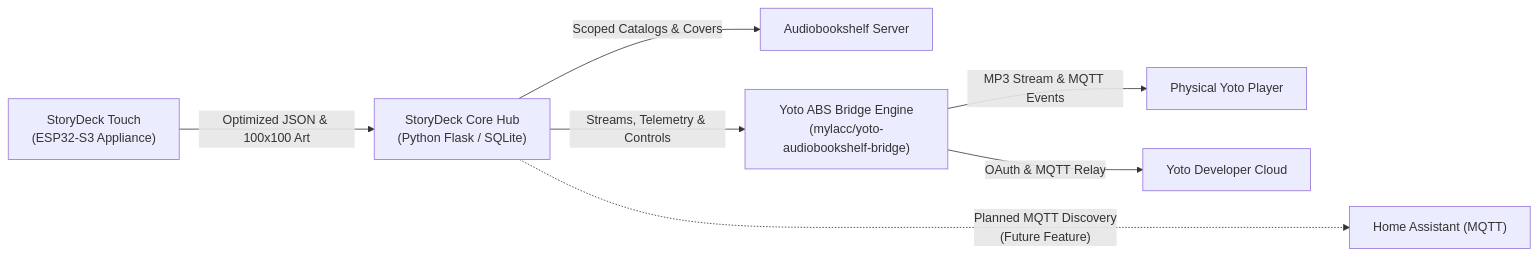
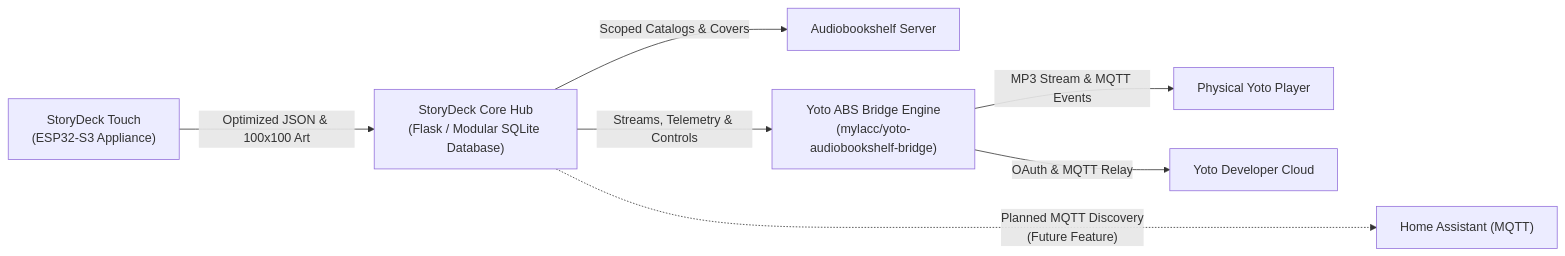
One commit to YotoStoryDeck/core changed the diagram in README.md. Above: the diagram before and after it, drawn with Mermaid. The commit also changed other lines of this file and 13 other files, not shown here.

Commit message:
feat(kiosk): canonicalize tablet kiosk routes, dual profile limits, and schema v9

````diff
--- a/README.md
+++ b/README.md
@@ -22,9 +22,9 @@
 ```mermaid
 flowchart LR
-    Touch["StoryDeck Touch<br/>(ESP32-S3 Appliance)"] -->|"Optimized JSON & 100x100 Art"| Core["StoryDeck Core Hub<br/>(Python Flask / SQLite)"]
+    Touch["StoryDeck Touch<br/>(ESP32-S3 Appliance)"] -->|"Optimized JSON & 100x100 Art"| Core["StoryDeck Core Hub<br/>(Flask / Modular SQLite Database)"]
     Core -->|"Scoped Catalogs & Covers"| ABS["Audiobookshelf Server"]
     Core -->|"Streams, Telemetry & Controls"| Bridge["Yoto ABS Bridge Engine<br/>(mylacc/yoto-audiobookshelf-bridge)"]
     Core -...->|"Planned MQTT Discovery<br/>(Future Feature)"| HA["Home Assistant (MQTT)"]
     Bridge -->|"MP3 Stream & MQTT Events"| YotoPlayer["Physical Yoto Player"]
     Bridge -->|"OAuth & MQTT Relay"| YotoCloud["Yoto Developer Cloud"]
 ```
````
